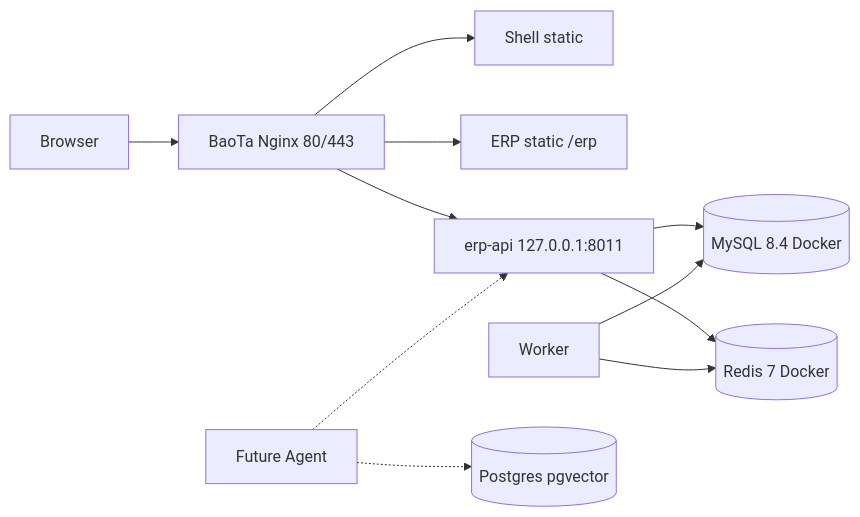
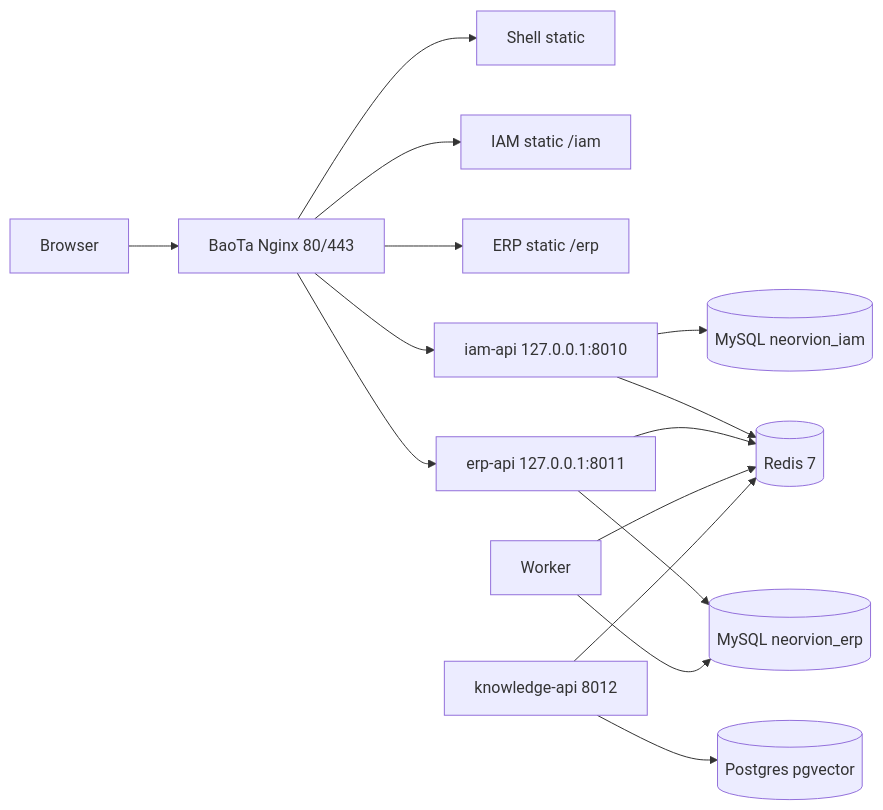
Before and after one commit to huochaigg/neorvion-erp: the diagram in docs/architecture.md, drawn with Mermaid. The commit also changed other lines of this file and 335 other files, not shown here.

````diff
--- a/docs/architecture.md
+++ b/docs/architecture.md
@@ -9,13 +9,17 @@
 ```mermaid
 flowchart LR
   User[Browser] --> BT[BaoTa Nginx 80/443]
   BT --> Shell[Shell static]
+  BT --> IAMFE[IAM static /iam]
   BT --> ERP[ERP static /erp]
+  BT --> IAM[iam-api 127.0.0.1:8010]
   BT --> API[erp-api 127.0.0.1:8011]
-  API --> MySQL[(MySQL 8.4 Docker)]
-  API --> Redis[(Redis 7 Docker)]
+  IAM --> IAMDB[(MySQL neorvion_iam)]
+  IAM --> Redis[(Redis 7)]
+  API --> MySQL[(MySQL neorvion_erp)]
+  API --> Redis
   Worker[Worker] --> Redis
   Worker --> MySQL
-  AgentFuture[Future Agent] -.-> PG[(Postgres pgvector)]
-  AgentFuture -.-> API
+  Knowledge[knowledge-api 8012] --> PG[(Postgres pgvector)]
+  Knowledge --> Redis
 ```
````
